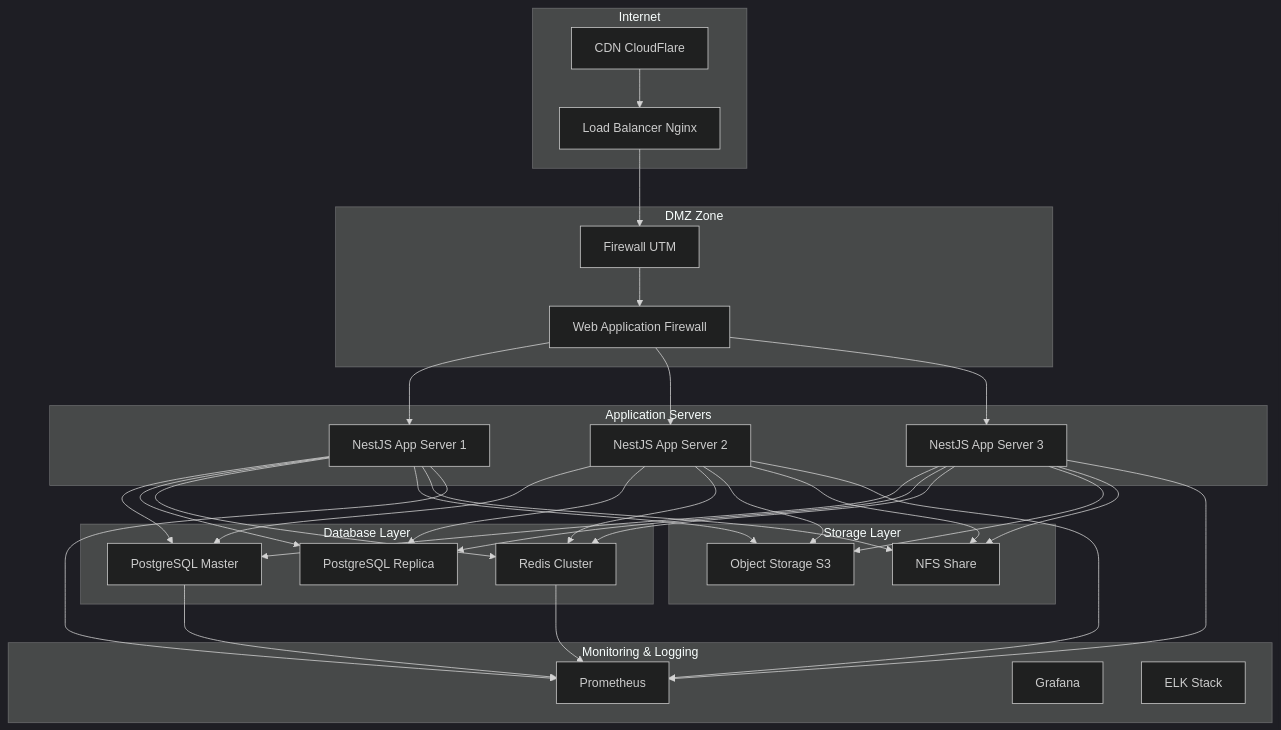
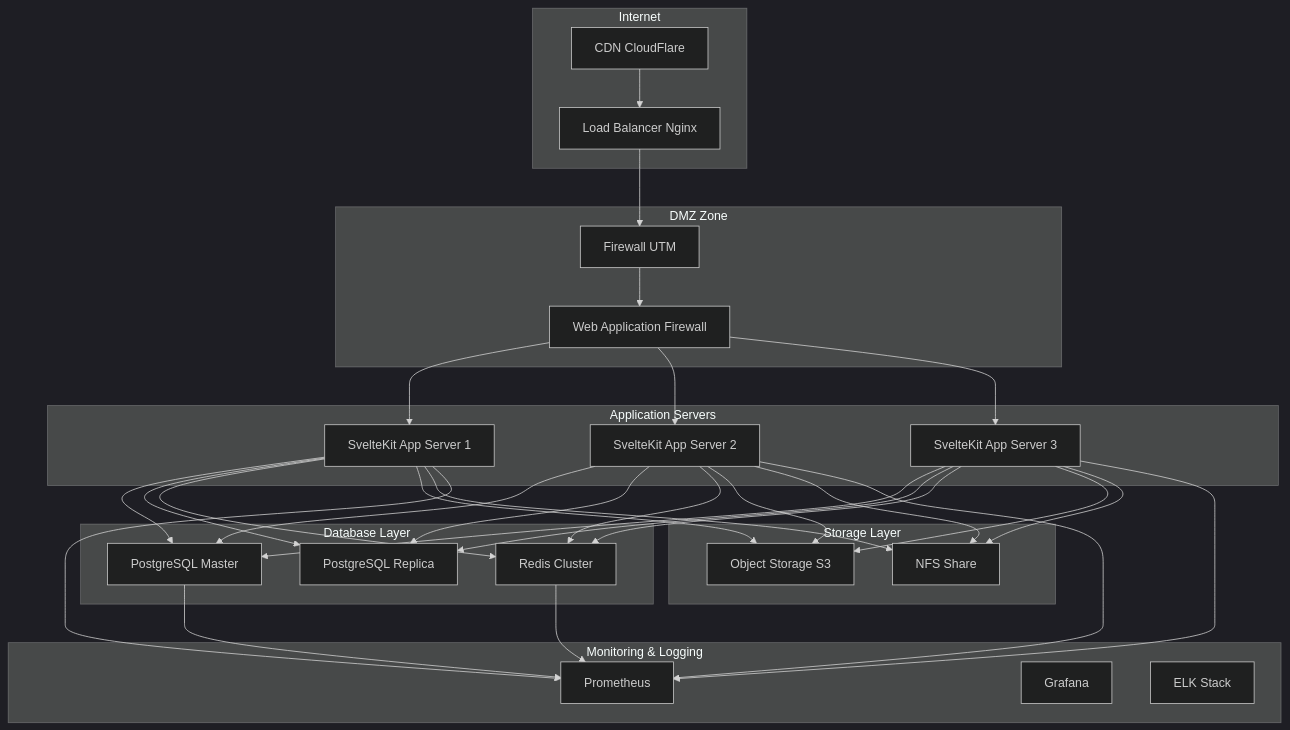
One commit to gustavo180591/freire changed the diagram in INFRAESTRUCTURA_PRODUCCION.md. Above: the diagram before and after it, drawn with Mermaid (dark theme). The commit also changed 84 other files, not shown here.

````diff
--- a/INFRAESTRUCTURA_PRODUCCION.md
+++ b/INFRAESTRUCTURA_PRODUCCION.md
@@ -17,69 +17,69 @@
 ```mermaid
 graph TB
     subgraph "Internet"
         LB[Load Balancer Nginx]
         CDN[CDN CloudFlare]
     end
     
     subgraph "DMZ Zone"
         FW[Firewall UTM]
         WAF[Web Application Firewall]
     end
     
     subgraph "Application Servers"
-        APP1[NestJS App Server 1]
-        APP2[NestJS App Server 2]
-        APP3[NestJS App Server 3]
+        APP1[SvelteKit App Server 1]
+        APP2[SvelteKit App Server 2]
+        APP3[SvelteKit App Server 3]
     end
     
     subgraph "Database Layer"
         PG_MASTER[PostgreSQL Master]
         PG_REPLICA[PostgreSQL Replica]
         REDIS_CLUSTER[Redis Cluster]
     end
     
     subgraph "Storage Layer"
         S3_STORAGE[Object Storage S3]
         NFS_SHARE[NFS Share]
     end
     
     subgraph "Monitoring & Logging"
         PROMETHEUS[Prometheus]
         GRAFANA[Grafana]
         ELK_STACK[ELK Stack]
     end
     
     CDN --> LB
     LB --> FW
     FW --> WAF
     WAF --> APP1
     WAF --> APP2
     WAF --> APP3
     
     APP1 --> PG_MASTER
     APP2 --> PG_MASTER
     APP3 --> PG_MASTER
     
     APP1 --> PG_REPLICA
     APP2 --> PG_REPLICA
     APP3 --> PG_REPLICA
     
     APP1 --> REDIS_CLUSTER
     APP2 --> REDIS_CLUSTER
     APP3 --> REDIS_CLUSTER
     
     APP1 --> S3_STORAGE
     APP2 --> S3_STORAGE
     APP3 --> S3_STORAGE
     
     APP1 --> NFS_SHARE
     APP2 --> NFS_SHARE
     APP3 --> NFS_SHARE
     
     APP1 --> PROMETHEUS
     APP2 --> PROMETHEUS
     APP3 --> PROMETHEUS
     
     PG_MASTER --> PROMETHEUS
     REDIS_CLUSTER --> PROMETHEUS
 ```
````
